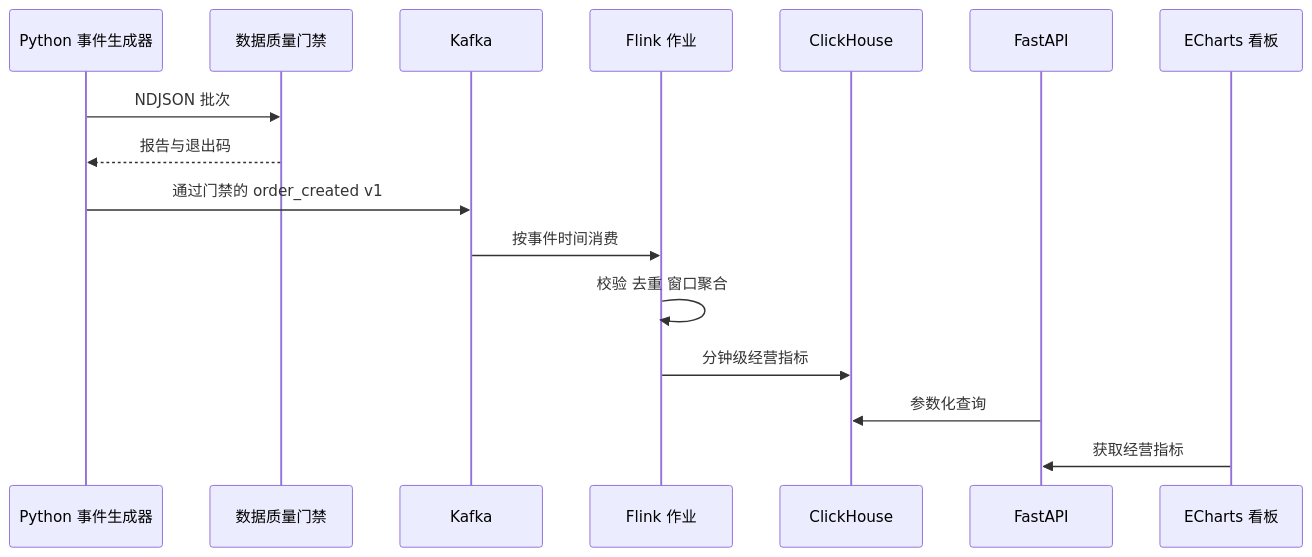
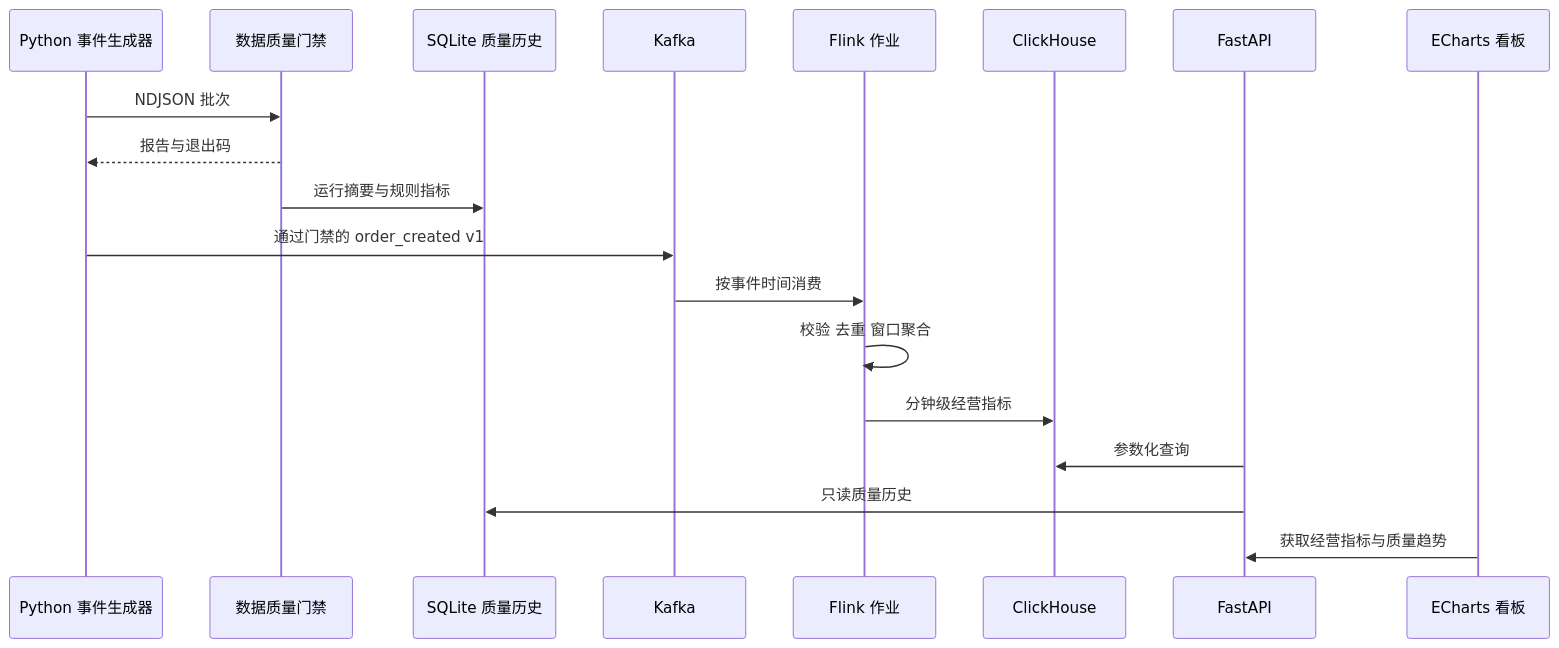
The diagram in docs/architecture.md (ZliY221/Real-time-data-warehouse-and-business-analysis-platform-for-e-commerce), drawn with Mermaid before and after one commit. The commit also changed other lines of this file and 15 other files, not shown here.

Commit message:
feat: add quality diagnostics API and dashboard

````diff
--- a/docs/architecture.md
+++ b/docs/architecture.md
@@ -9,19 +9,22 @@
 ```mermaid
 sequenceDiagram
     participant Generator as Python 事件生成器
     participant Quality as 数据质量门禁
+    participant History as SQLite 质量历史
     participant Kafka as Kafka
     participant Flink as Flink 作业
     participant Store as ClickHouse
     participant API as FastAPI
     participant Dashboard as ECharts 看板
 
     Generator->>Quality: NDJSON 批次
     Quality-->>Generator: 报告与退出码
+    Quality->>History: 运行摘要与规则指标
     Generator->>Kafka: 通过门禁的 order_created v1
     Kafka->>Flink: 按事件时间消费
     Flink->>Flink: 校验 去重 窗口聚合
     Flink->>Store: 分钟级经营指标
     API->>Store: 参数化查询
-    Dashboard->>API: 获取经营指标
+    API->>History: 只读质量历史
+    Dashboard->>API: 获取经营指标与质量趋势
 ```
````
